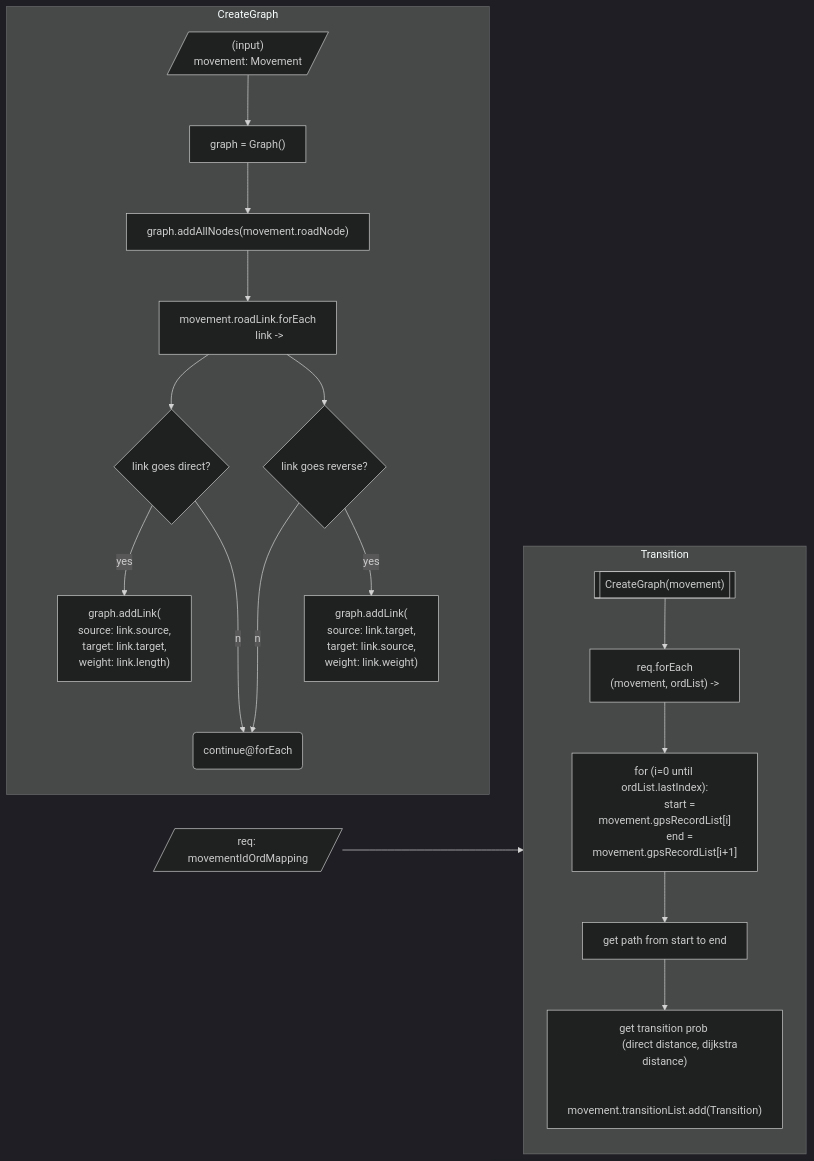
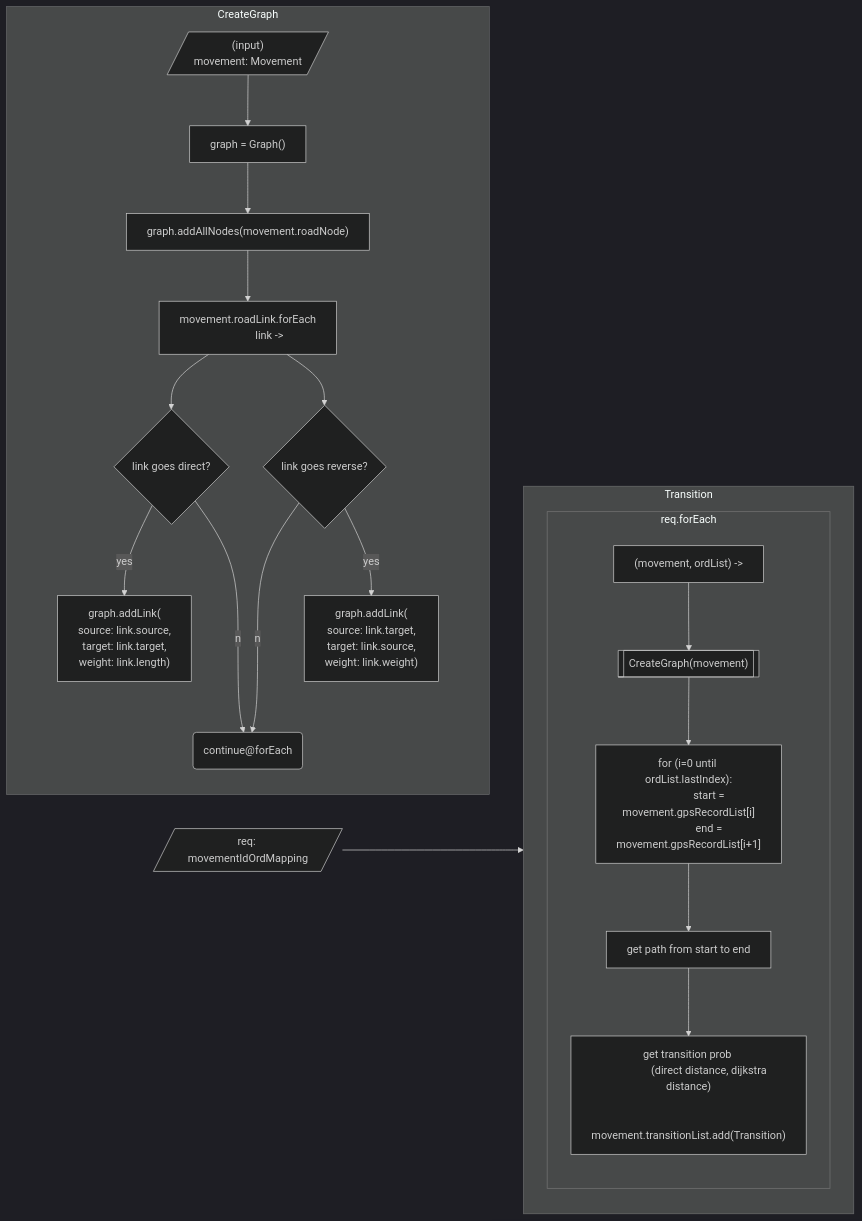
One commit to tw-yoo/appmeter-revising-flowchart changed the diagram in 4_transition.mmd. Above: the diagram before and after it, drawn with Mermaid (dark theme). The commit also changed 3 other files, not shown here.

Commit message:
1차 flowchart 완료

```diff
--- a/4_transition.mmd
+++ b/4_transition.mmd
@@ -1,74 +1,77 @@
 flowchart LR    
     Input[/req: movementIdOrdMapping/]
 
     subgraph CreateGraph
             direction TB
             GraphInput[/"
                 (input) 
                 movement: Movement
             "/]
             Graph["graph = Graph()"]
             AddNodeAndLink["graph.addAllNodes(movement.roadNode)"]
 
             roadLinkForEach["
                 movement.roadLink.forEach
                 link -> 
             "]
 
             IfLinkDirectWay{"link goes direct?"}
             IfLinkReverseWay{"link goes reverse?"}
 
             AddDirectLink["graph.addLink(
             source: link.source, 
             target: link.target,
             weight: link.length)"]
             AddReverseLink["graph.addLink(
             source: link.target, 
             target: link.source,
             weight: link.weight)"]
 
             Continue("continue@forEach")
 
 
             GraphInput --> Graph --> AddNodeAndLink --> roadLinkForEach
             roadLinkForEach --> IfLinkDirectWay
             roadLinkForEach --> IfLinkReverseWay
 
             IfLinkDirectWay --yes--> AddDirectLink
              
             IfLinkDirectWay --no--> Continue
             IfLinkReverseWay --no--> Continue
 
             IfLinkReverseWay --yes--> AddReverseLink
 
         end
 
     subgraph Transition
         direction TB
 
-        ReqForEach["
-            req.forEach
-            (movement, ordList) ->
-        "]
-        OrdListForEach["
-            for (i=0 until ordList.lastIndex):
-            start = movement.gpsRecordList[i]
-            end = movement.gpsRecordList[i+1]
-        "]
+        subgraph req.forEach
+            direction TB
 
-        GetPath["
-            get path from start to end
-        "]
+            itReq["(movement, ordList) ->"]
 
-        AddTransition["
-            get transition prob 
-            (direct distance, dijkstra distance)
+            OrdListForEach["
+                for (i=0 until ordList.lastIndex):
+                start = movement.gpsRecordList[i]
+                end = movement.gpsRecordList[i+1]
+            "]
 
-            movement.transitionList.add(Transition)
-        "]
+            GetPath["
+                get path from start to end
+            "]
 
-        funCreateGraph[["CreateGraph(movement)"]] --> ReqForEach --> OrdListForEach --> GetPath --> AddTransition
+            AddTransition["
+                get transition prob 
+                (direct distance, dijkstra distance)
+
+                movement.transitionList.add(Transition)
+            "]
+
+            itReq --> funCreateGraph[["CreateGraph(movement)"]] --> OrdListForEach --> GetPath --> AddTransition
+
+        end
 
     end
 
 Input --> Transition
```
